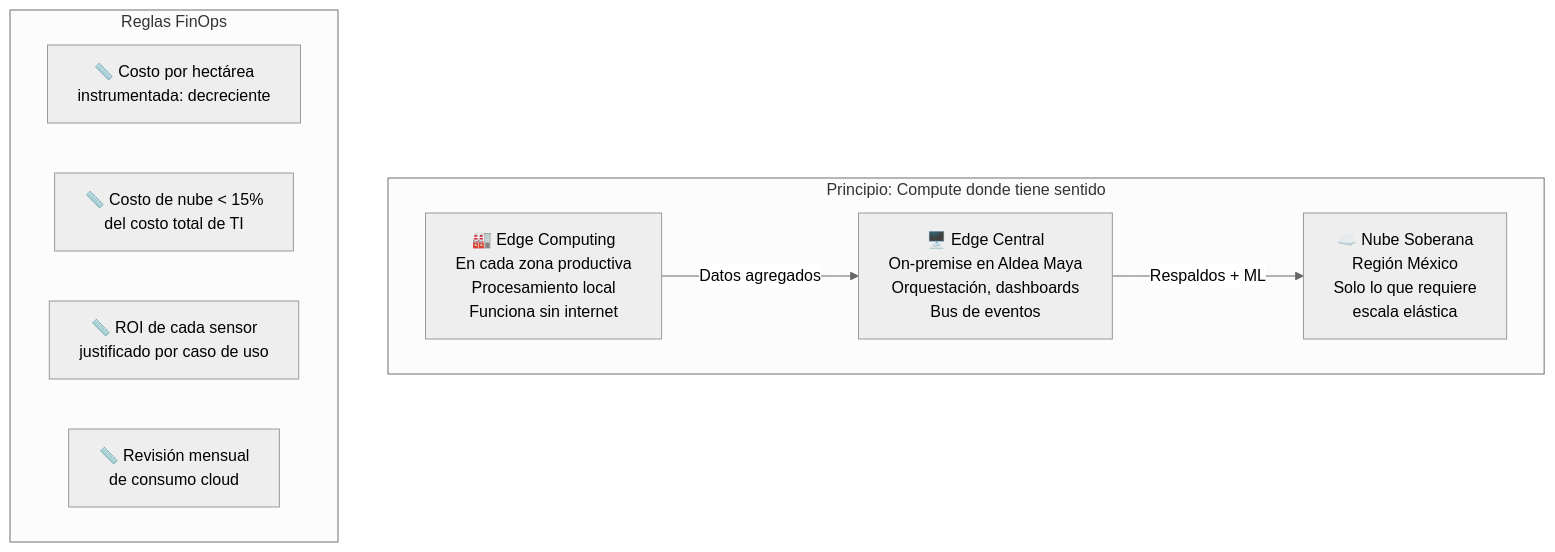
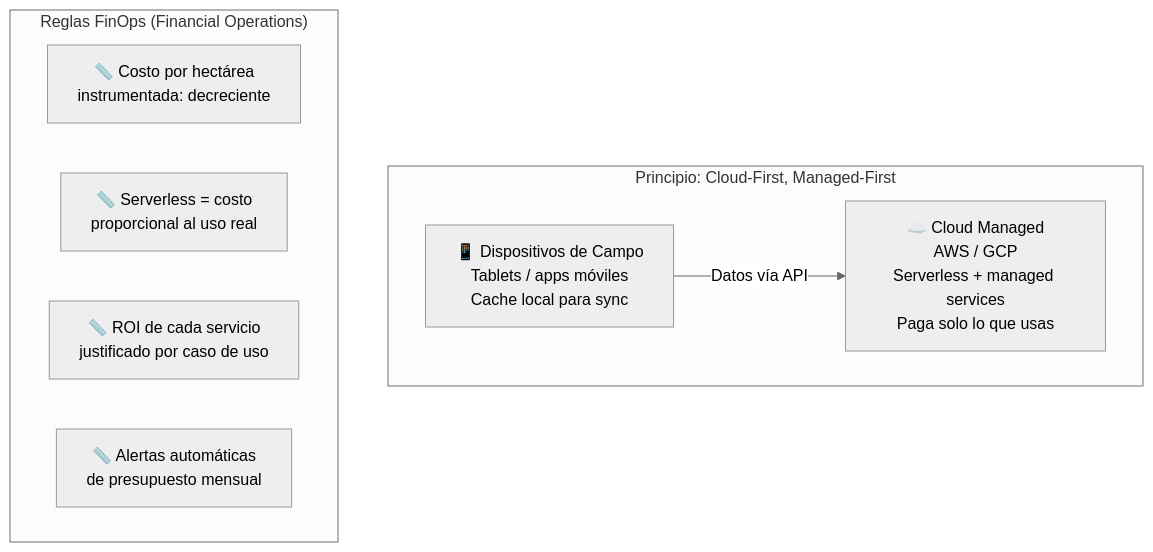
The fourth of 5 diagrams in 02-architecture-ecosystem.md (gabogosp/Aldea-Maya-Digital-Backbone), drawn with Mermaid (neutral theme) before and after one commit. The commit also changed other lines of this file and 6 other files, not shown here.

````diff
--- a/02-architecture-ecosystem.md
+++ b/02-architecture-ecosystem.md
@@ -231,18 +231,16 @@
 ```mermaid
 graph TD
-    subgraph "Principio: Compute donde tiene sentido"
-        EDGE[🏭 Edge Computing<br/>En cada zona productiva<br/>Procesamiento local<br/>Funciona sin internet]
-        CENTRAL[🖥️ Edge Central<br/>On-premise en Aldea Maya<br/>Orquestación, dashboards<br/>Bus de eventos]
-        NUBE[☁️ Nube Soberana<br/>Región México<br/>Solo lo que requiere<br/>escala elástica]
+    subgraph "Principio: Cloud-First, Managed-First"
+        CAMPO[📱 Dispositivos de Campo<br/>Tablets / apps móviles<br/>Cache local para sync]
+        CLOUD[☁️ Cloud Managed<br/>AWS / GCP<br/>Serverless + managed services<br/>Paga solo lo que usas]
     end
 
-    EDGE -->|Datos agregados| CENTRAL
-    CENTRAL -->|Respaldos + ML| NUBE
+    CAMPO -->|Datos vía API| CLOUD
 
-    subgraph "Reglas FinOps"
+    subgraph "Reglas FinOps (Financial Operations)"
         R1[📏 Costo por hectárea<br/>instrumentada: decreciente]
-        R2[📏 Costo de nube < 15%<br/>del costo total de TI]
-        R3[📏 ROI de cada sensor<br/>justificado por caso de uso]
-        R4[📏 Revisión mensual<br/>de consumo cloud]
+        R2[📏 Serverless = costo<br/>proporcional al uso real]
+        R3[📏 ROI de cada servicio<br/>justificado por caso de uso]
+        R4[📏 Alertas automáticas<br/>de presupuesto mensual]
     end
 ```
````
